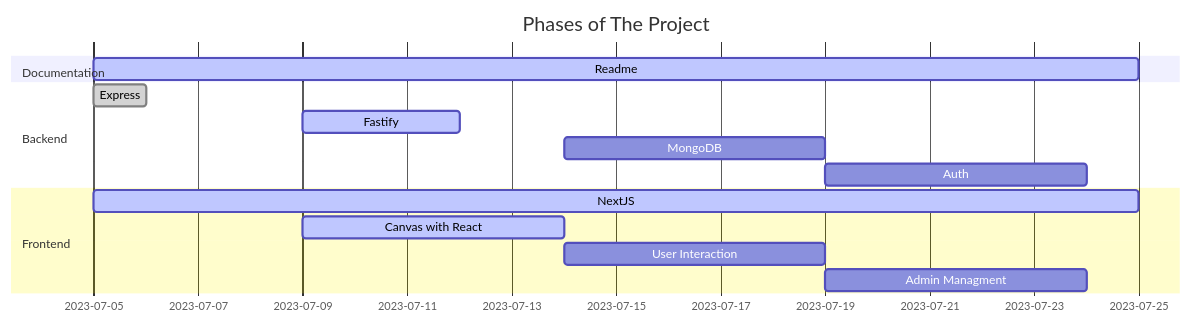
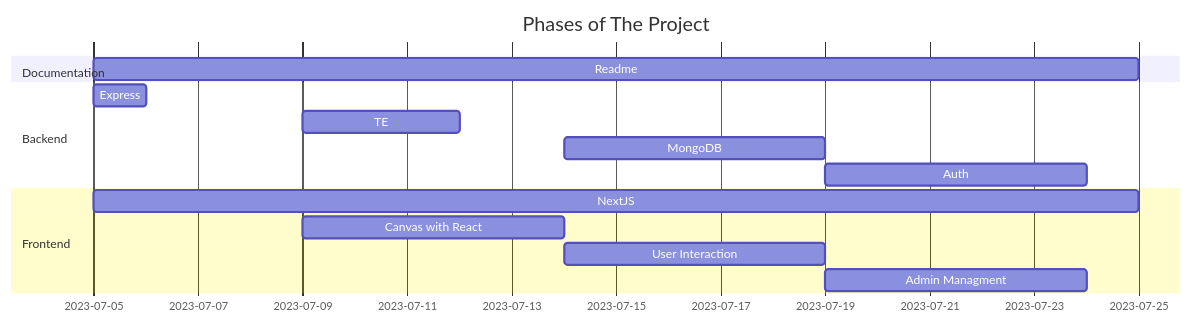
Before and after one commit to azurewood/capstone: the first of 2 diagrams in README.md, drawn with Mermaid. The commit also changed other lines of this file and 1 other file, not shown here.

Commit message:
Changes in README

````diff
--- a/README.md
+++ b/README.md
@@ -19,22 +21,22 @@
 ```mermaid
 gantt
 dateFormat  YYYY-MM-DD
 title Phases of The Project
 excludes weekdays
 
 section Documentation
-Readme            :active,     des1,2023-07-05,2023-07-25
+Readme            :    des1,2023-07-05,2023-07-25
 
 section Backend
-Express            :done,    des1, 2023-07-05,1d
-Fastify               :active,  des2, 2023-07-09, 3d
-MongoDB               :         des3, after des2, 5d
-Auth               :         des4, after des3, 5d
+Express            :    des1, 2023-07-05,1d
+TE               :  des2, 2023-07-09, 3d
+MongoDB               :       des3, after des2, 5d
+Auth               :        des4, after des3, 5d
 
 section Frontend
-NextJS            :active,    des1, 2023-07-05,2023-07-25
-Canvas with React               :active,  des2, 2023-07-09, 5d 
+NextJS            :   des1, 2023-07-05,2023-07-25
+Canvas with React               :  des2, 2023-07-09, 5d 
 User Interaction               :         des3, after des2, 5d
 Admin Managment               :         des4, after des3, 5d
 
 ```
````
